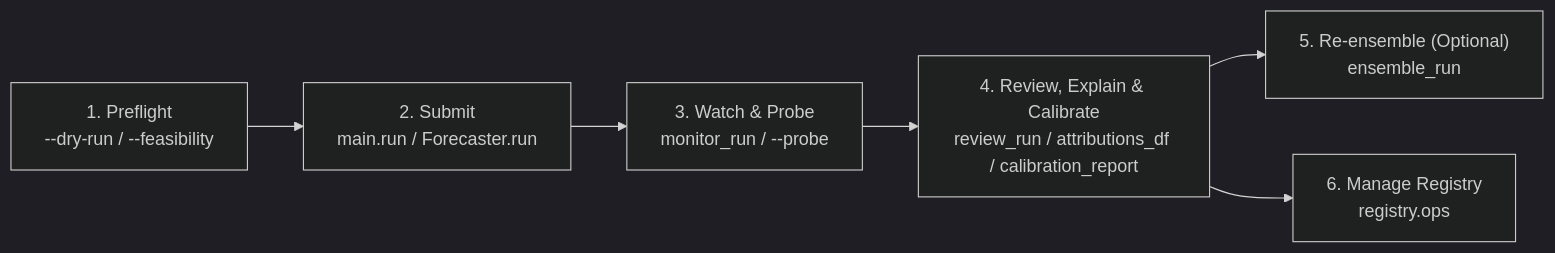
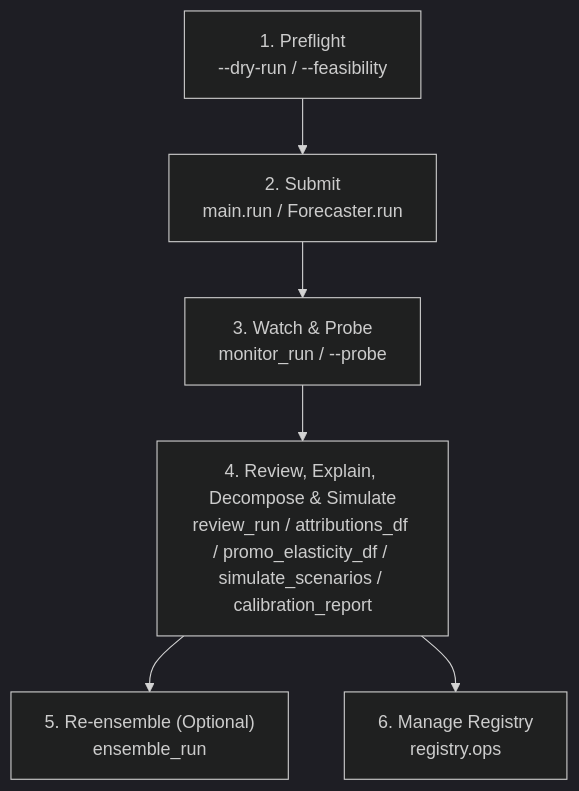
Before and after one commit to statmike/scale-forecasting: the diagram in docs/running_and_reviewing.md, drawn with Mermaid (dark theme). The commit also changed other lines of this file and 61 other files, not shown here.

````diff
--- a/docs/running_and_reviewing.md
+++ b/docs/running_and_reviewing.md
@@ -8,8 +8,8 @@
 ```mermaid
-flowchart LR
+flowchart TD
     S1["1. Preflight<br/>--dry-run / --feasibility"] --> S2["2. Submit<br/>main.run / Forecaster.run"]
     S2 --> S3["3. Watch & Probe<br/>monitor_run / --probe"]
-    S3 --> S4["4. Review, Explain & Calibrate<br/>review_run / attributions_df / calibration_report"]
+    S3 --> S4["4. Review, Explain, Decompose & Simulate<br/>review_run / attributions_df / promo_elasticity_df / simulate_scenarios / calibration_report"]
     S4 --> S5["5. Re-ensemble (Optional)<br/>ensemble_run"]
     S4 --> S6["6. Manage Registry<br/>registry.ops"]
 ```
````
